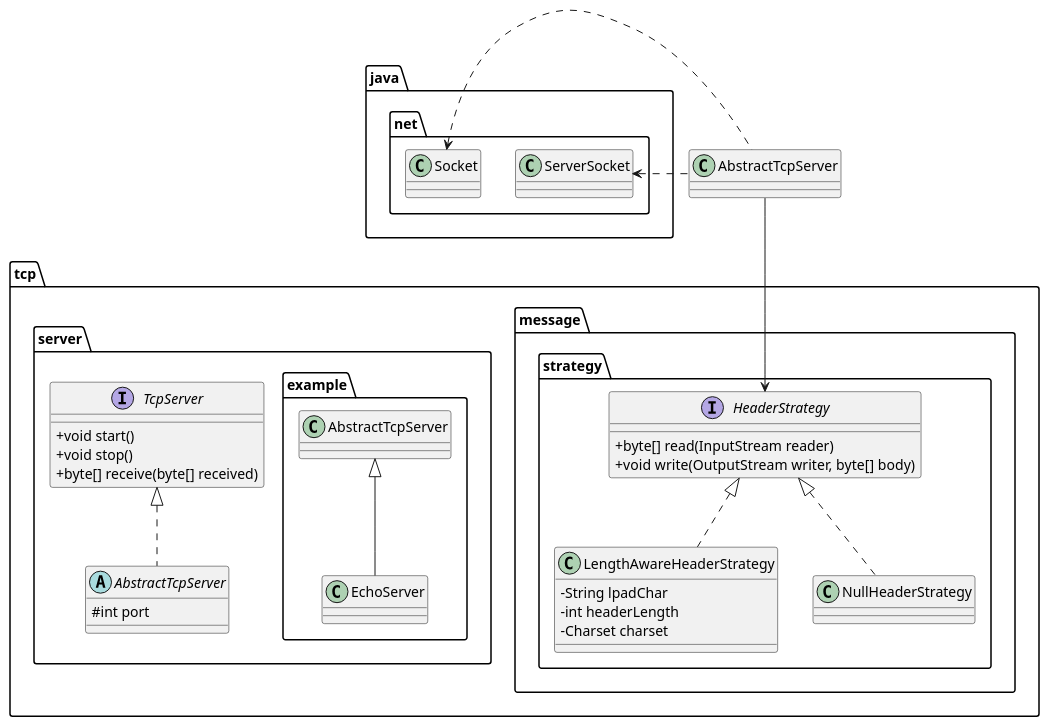
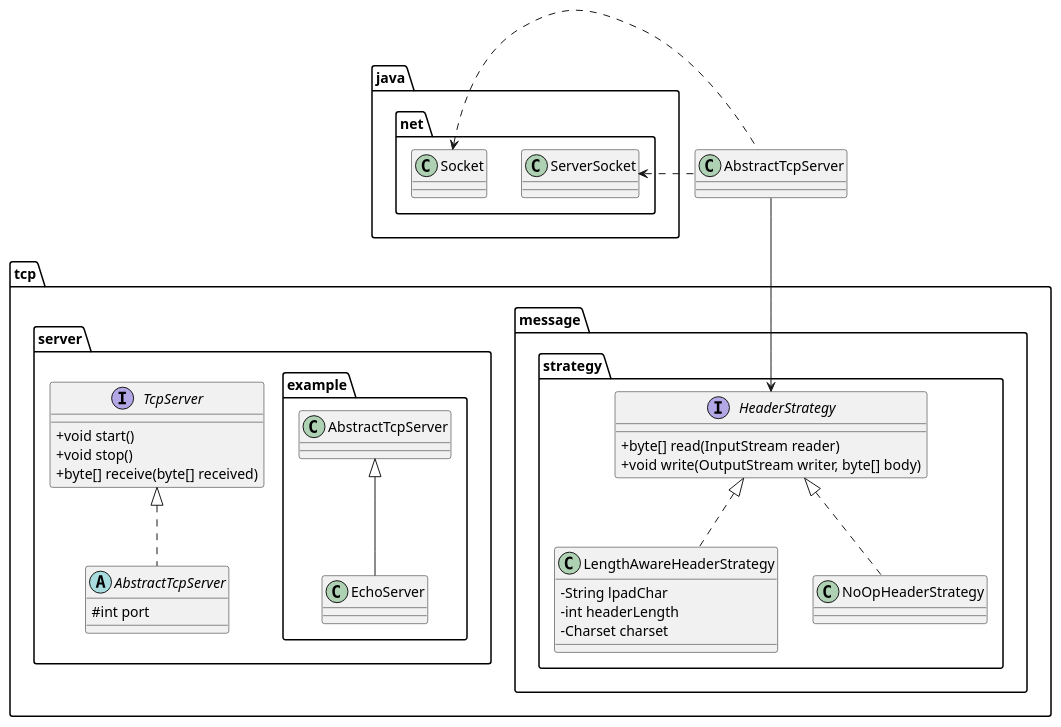
Before and after one commit to meshkorea/vroong-tcplibrary: the diagram in docs/tcp-server.puml, drawn with PlantUML. The commit also changed 27 other files, not shown here.

First line of the commit message:
Breaking API changes: TcpServer, TcpClient, HeaderStrategy

```diff
--- a/docs/tcp-server.puml
+++ b/docs/tcp-server.puml
@@ -1,49 +1,49 @@
 @startuml
 
 skinparam ClassAttributeIconSize 0
 
 package tcp {
   package message {
     package strategy {
       interface HeaderStrategy {
         + byte[] read(InputStream reader)
         + void write(OutputStream writer, byte[] body)
       }
 
       class LengthAwareHeaderStrategy implements HeaderStrategy {
         - String lpadChar
         - int headerLength
         - Charset charset
       }
 
-      class NullHeaderStrategy implements HeaderStrategy
+      class NoOpHeaderStrategy implements HeaderStrategy
     }
   }
 
   package server {
     interface TcpServer {
       + void start()
       + void stop()
       + byte[] receive(byte[] received)
     }
 
     abstract class AbstractTcpServer implements TcpServer {
       # int port
     }
 
     package example {
       class EchoServer extends AbstractTcpServer {}
     }
   }
 }
 
 package java.net {
   class ServerSocket
   class Socket
 }
 
 AbstractTcpServer .left.> ServerSocket
 AbstractTcpServer .left.> Socket
 AbstractTcpServer --> HeaderStrategy
 
 @enduml
```
